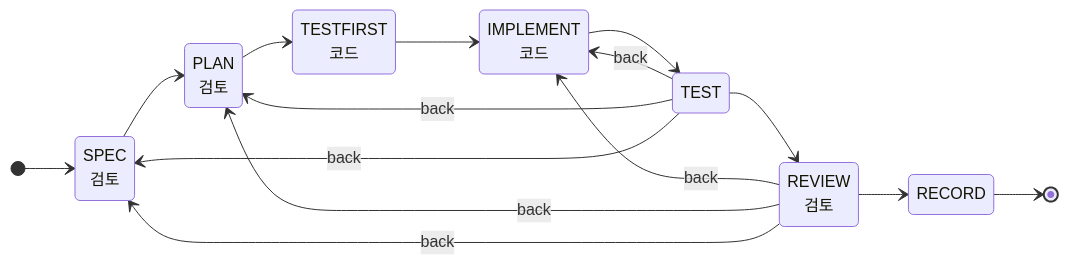
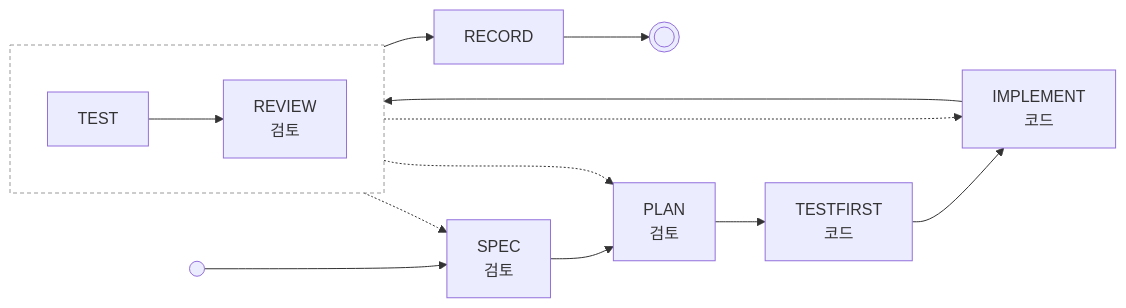
Before and after one commit to taejeong0416/dynamic-stagegate-harness: the first of 2 diagrams in README.md, drawn with Mermaid. The commit also changed other lines of this file and 1 other file, not shown here.

Commit message:
docs: README의 상태 경로 다이어그램을 새 flowchart 출력으로 바꾸고 점선과 점선 상자의 뜻을 README와 GATE.md에 적음

````diff
--- a/README.md
+++ b/README.md
@@ -20,23 +20,27 @@
 ```mermaid
-stateDiagram-v2
-    direction LR
-    state "SPEC<br>검토" as SPEC
-    state "PLAN<br>검토" as PLAN
-    state "TESTFIRST<br>코드" as TESTFIRST
-    state "IMPLEMENT<br>코드" as IMPLEMENT
-    state "REVIEW<br>검토" as REVIEW
-    [*] --> SPEC
+flowchart LR
+    start(( ))
+    done((( )))
+    SPEC["SPEC<br>검토"]
+    PLAN["PLAN<br>검토"]
+    TESTFIRST["TESTFIRST<br>코드"]
+    IMPLEMENT["IMPLEMENT<br>코드"]
+    subgraph back0 [" "]
+        direction LR
+        TEST
+        REVIEW["REVIEW<br>검토"]
+    end
+    style back0 fill:none,stroke:#999,stroke-dasharray:4 3
+    RECORD
+    start --> SPEC
     SPEC --> PLAN
     PLAN --> TESTFIRST
     TESTFIRST --> IMPLEMENT
     IMPLEMENT --> TEST
     TEST --> REVIEW
     REVIEW --> RECORD
-    RECORD --> [*]
-    TEST --> IMPLEMENT : back
-    TEST --> PLAN : back
-    TEST --> SPEC : back
-    REVIEW --> IMPLEMENT : back
-    REVIEW --> PLAN : back
-    REVIEW --> SPEC : back
+    RECORD --> done
+    back0 -.-> IMPLEMENT
+    back0 -.-> PLAN
+    back0 -.-> SPEC
 ```
````
